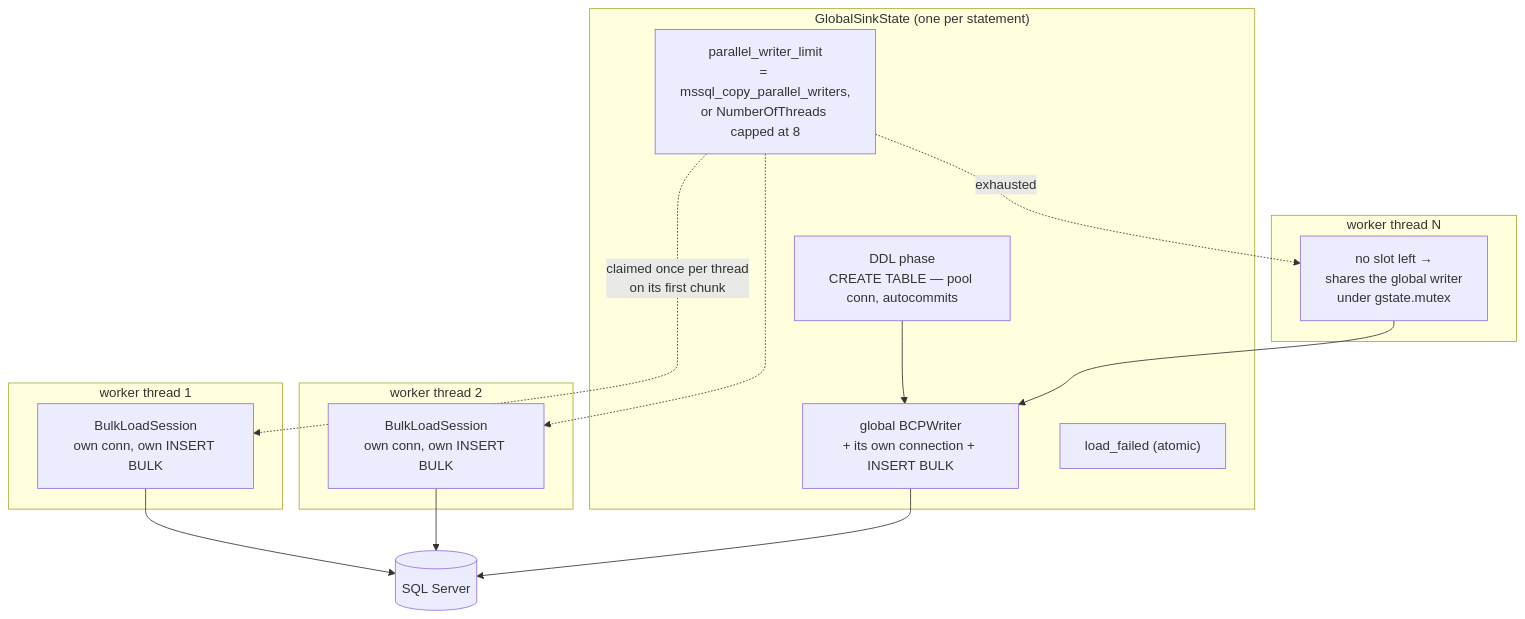
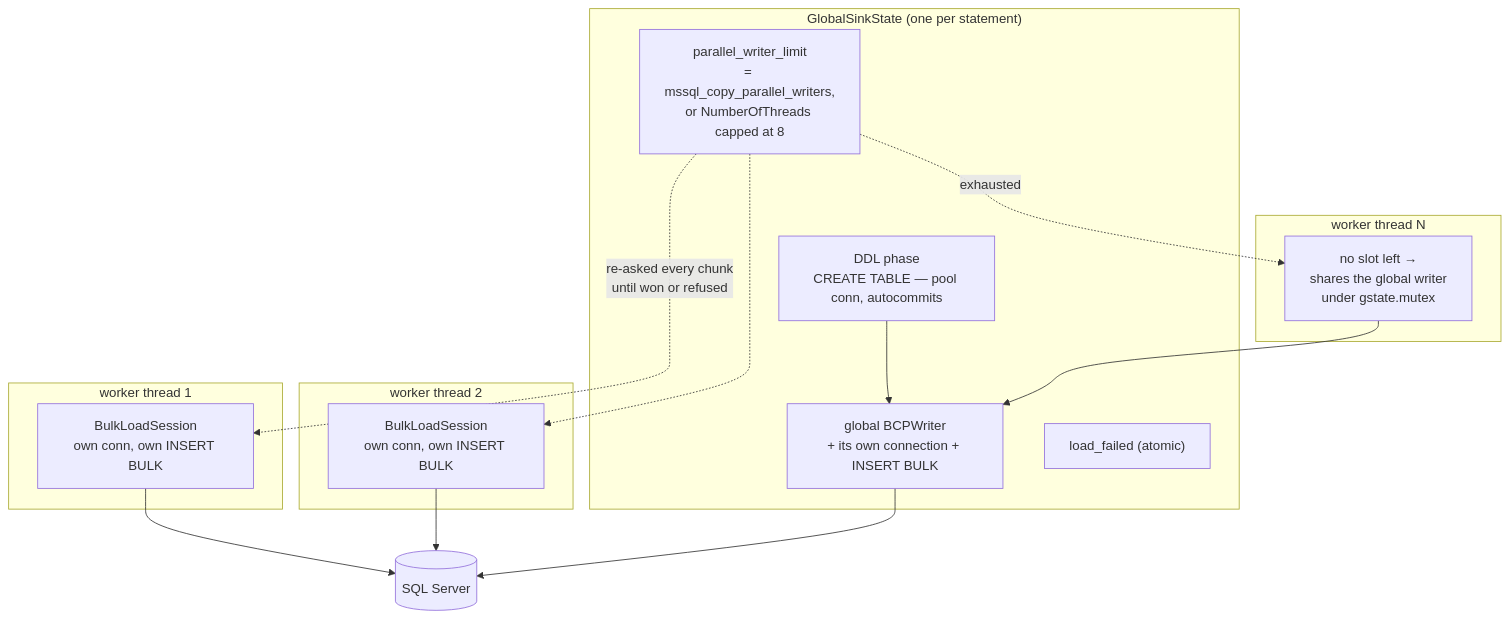
Diagram 13 of 14 in DATAMODEL.md (hugr-lab/mssql-extension), drawn with Mermaid before and after one commit. The commit also changed other lines of this file and 7 other files, not shown here.

````diff
--- a/DATAMODEL.md
+++ b/DATAMODEL.md
@@ -560,26 +560,26 @@
 ```mermaid
 flowchart TD
     subgraph GS["GlobalSinkState (one per statement)"]
         ddl["DDL phase<br/>CREATE TABLE — pool conn, autocommits"]
         gw["global BCPWriter<br/>+ its own connection + INSERT BULK"]
         lim["parallel_writer_limit<br/>= mssql_copy_parallel_writers,<br/>or NumberOfThreads capped at 8"]
         failed["load_failed (atomic)"]
     end
     subgraph T1["worker thread 1"]
         lw1["BulkLoadSession<br/>own conn, own INSERT BULK"]
     end
     subgraph T2["worker thread 2"]
         lw2["BulkLoadSession<br/>own conn, own INSERT BULK"]
     end
     subgraph T3["worker thread N"]
         shared["no slot left →<br/>shares the global writer<br/>under gstate.mutex"]
     end
     ddl --> gw
-    lim -.claimed once per thread<br/>on its first chunk.-> lw1
+    lim -.re-asked every chunk<br/>until won or refused.-> lw1
     lim -.-> lw2
     lim -.exhausted.-> shared
     lw1 --> srv[(SQL Server)]
     lw2 --> srv
     gw --> srv
     shared --> gw
 ```
````
